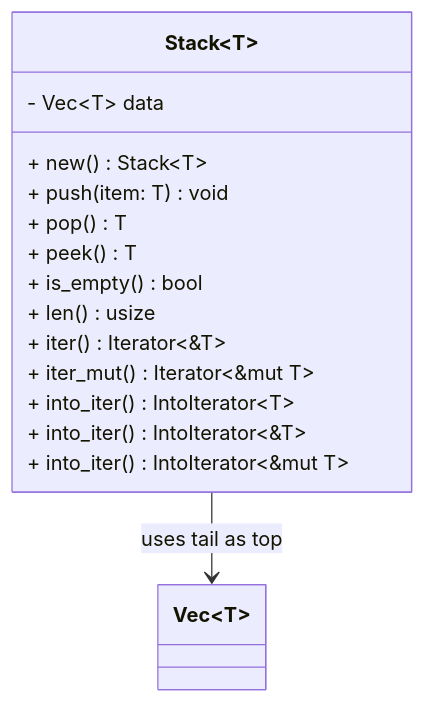
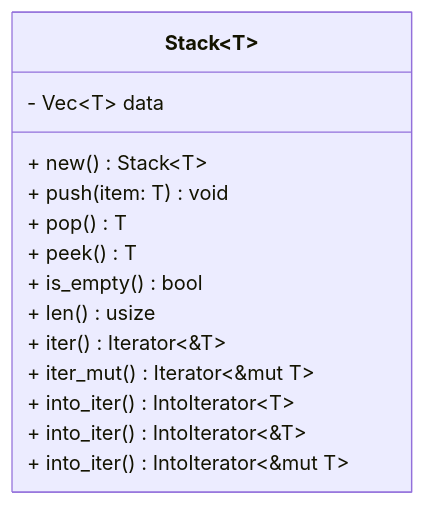
One commit to wassimans/algorithms-and-data-structures-in-rust changed the first of 2 diagrams in README.md. Above: the diagram before and after it, drawn with Mermaid. The commit also changed other lines of this file, not shown here.

````diff
--- a/README.md
+++ b/README.md
@@ -29,19 +29,17 @@
 ```mermaid
 classDiagram
     class Stack~T~ {
         - Vec~T~ data
         + new() Stack~T~
         + push(item: T) void
         + pop() T
         + peek() T
         + is_empty() bool
         + len() usize
         + iter() Iterator~&T~
         + iter_mut() Iterator~&mut T~
         + into_iter() IntoIterator~T~
         + into_iter() IntoIterator~&T~
         + into_iter() IntoIterator~&mut T~
     }
-
-    Stack~T~ --> Vec~T~ : uses tail as top
 ```
````
